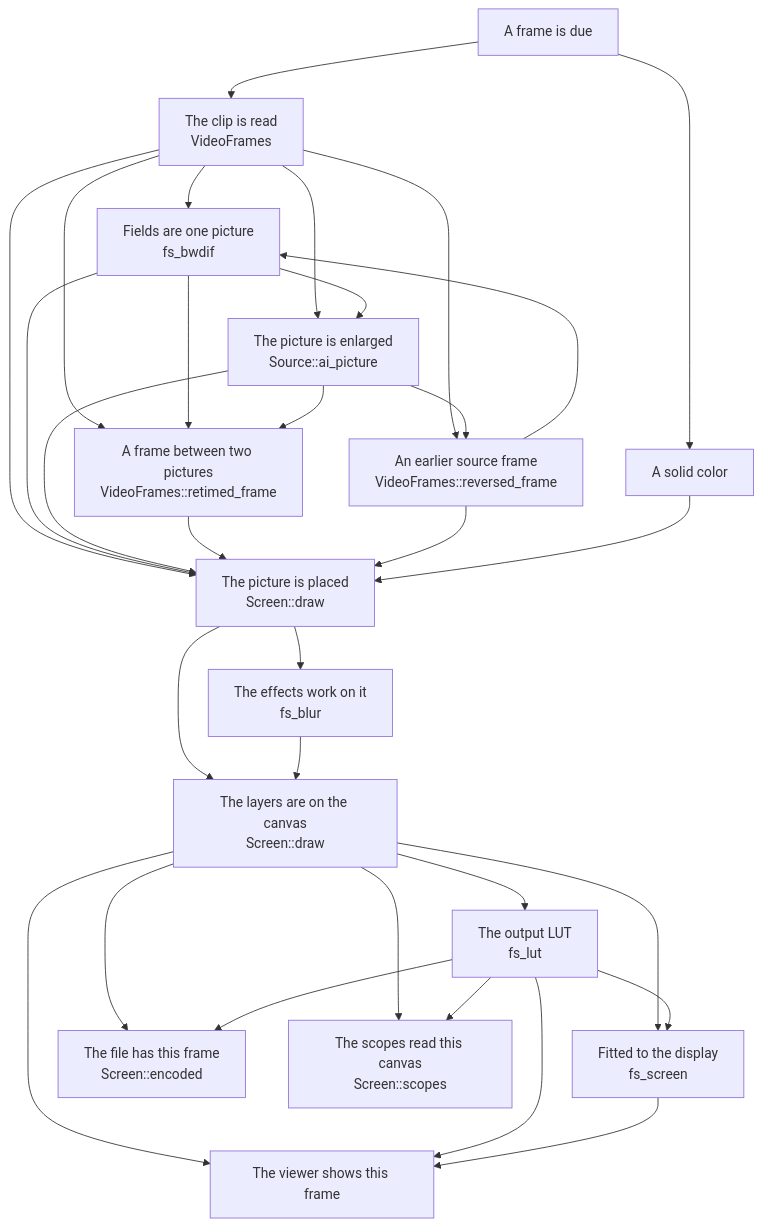
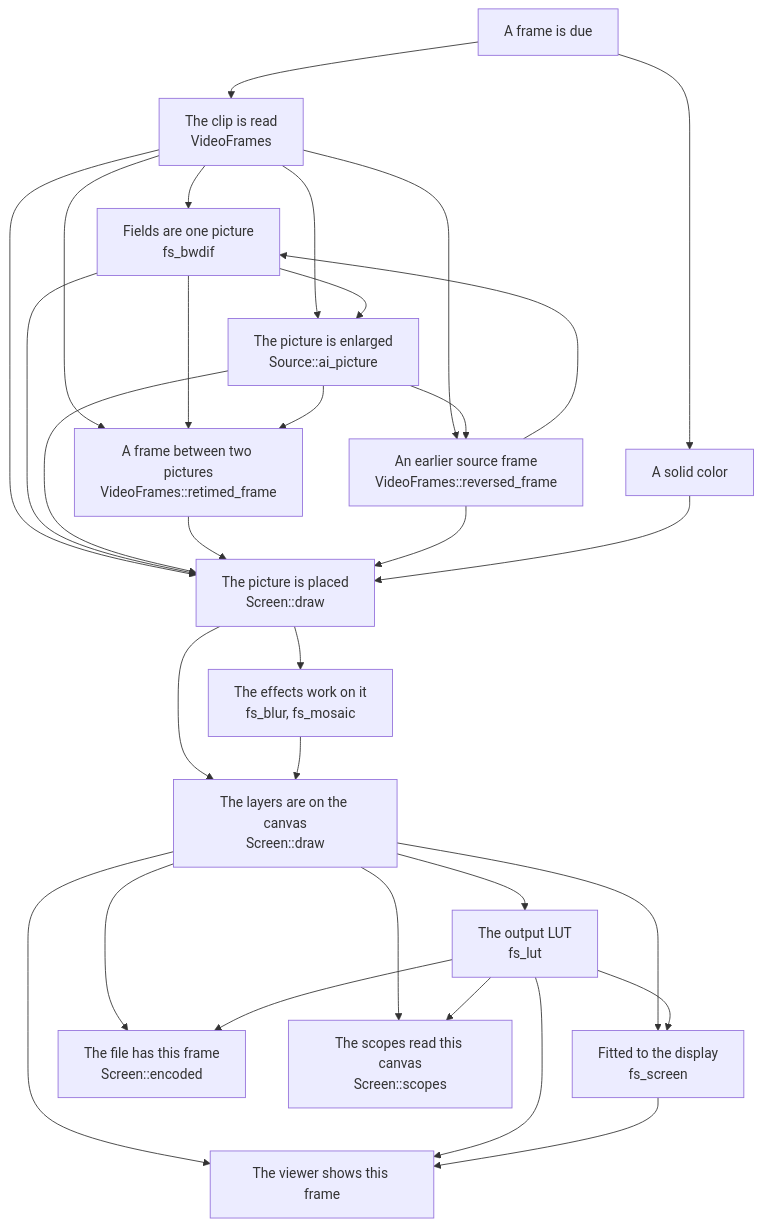
Before and after one commit to oittaa/vidcut: the third of 3 diagrams in docs/design/README.md, drawn with Mermaid. The commit also changed other lines of this file and 18 other files, not shown here.

First line of the commit message:
feat(effects): Mosaic Blur is an effect with all its controls (#905)

````diff
--- a/docs/design/README.md
+++ b/docs/design/README.md
@@ -61,48 +61,48 @@
 ```mermaid
 flowchart TD
   due["A frame is due"]
   read["The clip is read<br>VideoFrames"]
   solid["A solid color"]
   weave["Fields are one picture<br>fs_bwdif"]
   grow["The picture is enlarged<br>Source::ai_picture"]
   between["A frame between two pictures<br>VideoFrames::retimed_frame"]
   earlier["An earlier source frame<br>VideoFrames::reversed_frame"]
   place["The picture is placed<br>Screen::draw"]
-  fx["The effects work on it<br>fs_blur"]
+  fx["The effects work on it<br>fs_blur, fs_mosaic"]
   mix["The layers are on the canvas<br>Screen::draw"]
   looked["The output LUT<br>fs_lut"]
   show["The viewer shows this frame"]
   mapped["Fitted to the display<br>fs_screen"]
   file["The file has this frame<br>Screen::encoded"]
   scopes["The scopes read this canvas<br>Screen::scopes"]
   due --> read
   due --> solid
   read --> weave
   read --> grow
   read --> between
   read --> earlier
   read --> place
   weave --> grow
   weave --> between
   weave --> place
   grow --> between
   grow --> earlier
   grow --> place
   between --> place
   earlier --> weave
   earlier --> place
   solid --> place
   place --> fx
   place --> mix
   fx --> mix
   mix --> looked
   mix --> show
   mix --> mapped
   mix --> file
   mix --> scopes
   looked --> show
   looked --> mapped
   looked --> file
   looked --> scopes
   mapped --> show
 ```
````
